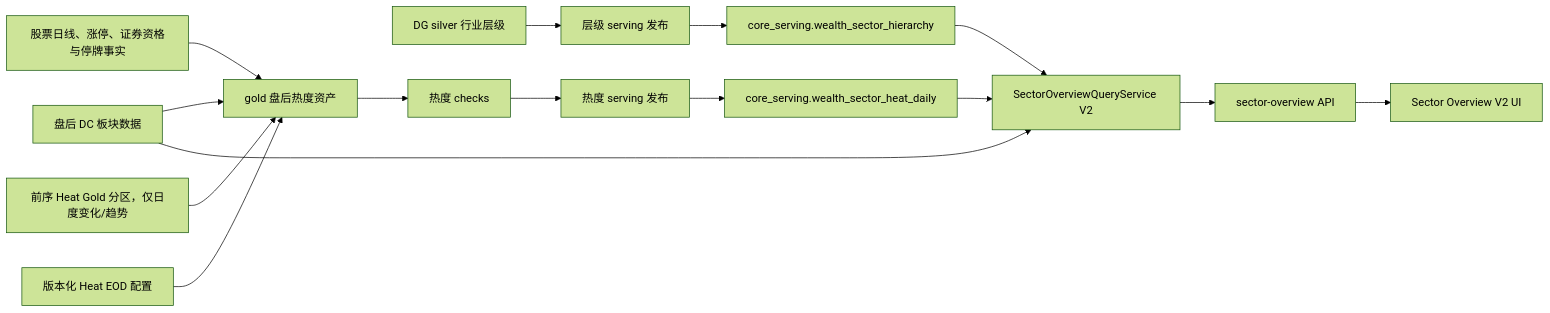
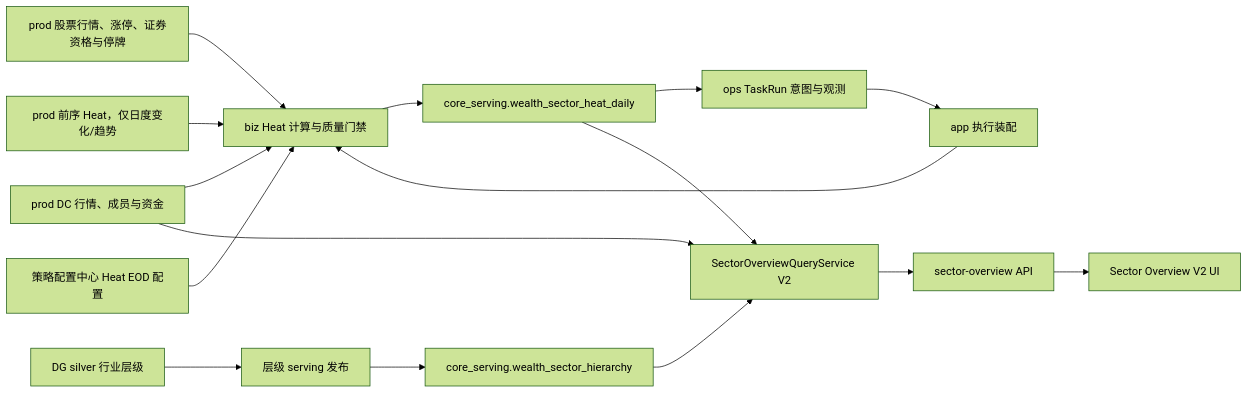
One commit to chiuser/goldenshare changed the diagram in wealth/docs/pages/market-overview/sector-overview-implementation-design-v2.md. Above: the diagram before and after it, drawn with Mermaid (forest theme). The commit also changed other lines of this file and 3 other files, not shown here.

Commit message:
docs(wealth): align sector overview prod-native design

````diff
--- a/wealth/docs/pages/market-overview/sector-overview-implementation-design-v2.md
+++ b/wealth/docs/pages/market-overview/sector-overview-implementation-design-v2.md
@@ -137,19 +181,20 @@
 ```mermaid
 flowchart LR
   A["DG silver 行业层级"] --> B["层级 serving 发布"]
   B --> C["core_serving.wealth_sector_hierarchy"]
 
-  D["盘后 DC 板块数据"] --> H["gold 盘后热度资产"]
-  E["股票日线、涨停、证券资格与停牌事实"] --> H
-  F["前序 Heat Gold 分区，仅日度变化/趋势"] --> H
-  G["版本化 Heat EOD 配置"] --> H
-  H --> I["热度 checks"]
-  I --> J["热度 serving 发布"]
-  J --> K["core_serving.wealth_sector_heat_daily"]
+  D["prod DC 行情、成员与资金"] --> H["biz Heat 计算与质量门禁"]
+  E["prod 股票行情、涨停、证券资格与停牌"] --> H
+  F["prod 前序 Heat，仅日度变化/趋势"] --> H
+  G["策略配置中心 Heat EOD 配置"] --> H
+  O["ops TaskRun 意图与观测"] --> X["app 执行装配"]
+  X --> H
+  H --> K["core_serving.wealth_sector_heat_daily"]
+  K --> O
 
   C --> Q["SectorOverviewQueryService V2"]
   K --> Q
   D --> Q
   Q --> API["sector-overview API"]
   API --> UI["Sector Overview V2 UI"]
 ```
````
